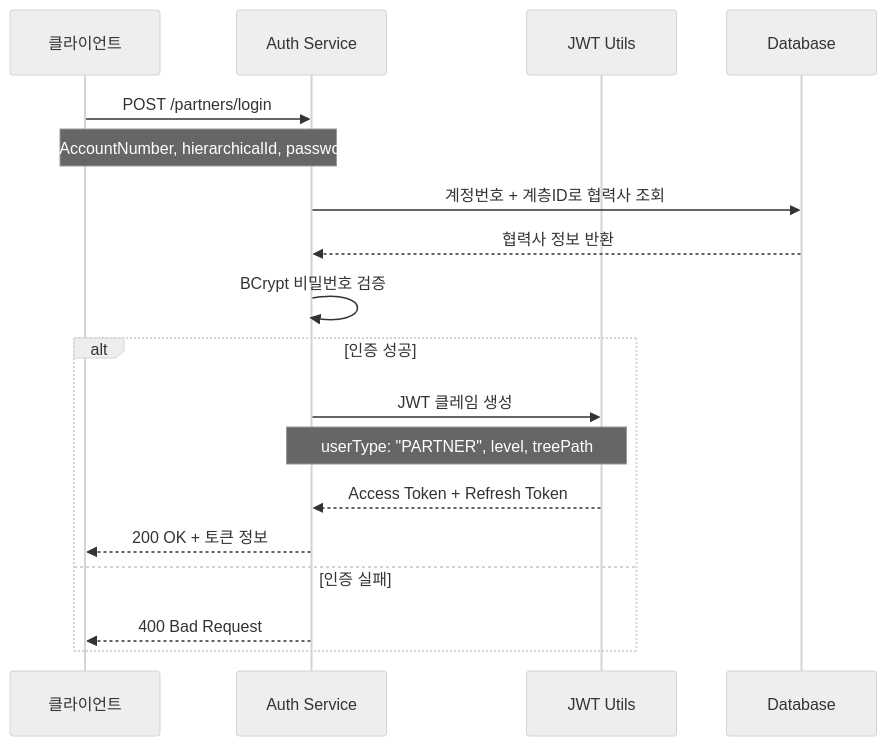
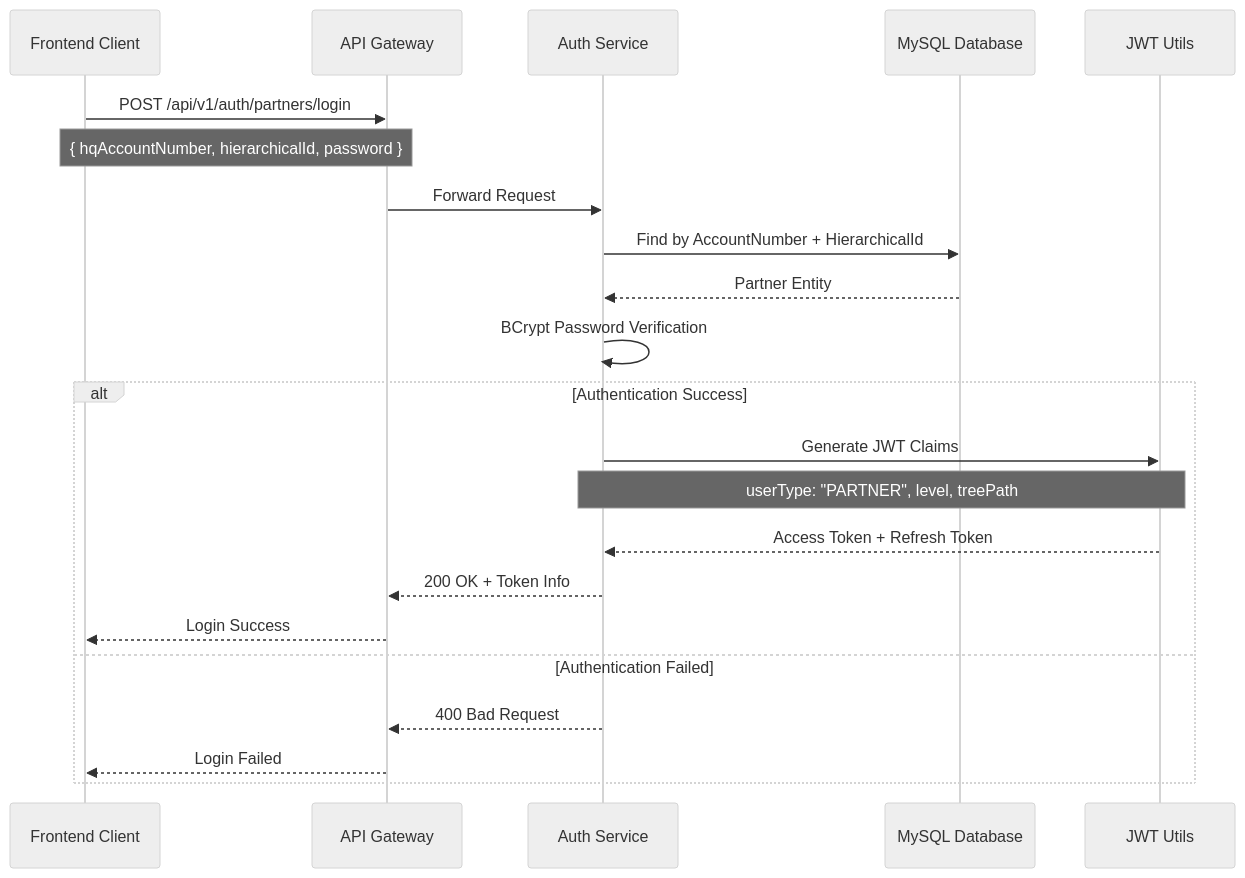
The fourth of 7 diagrams in README.md (NSMM-v2/auth-service), drawn with Mermaid (neutral theme) before and after one commit. The commit also changed other lines of this file, not shown here.

````diff
--- a/README.md
+++ b/README.md
@@ -95,25 +119,29 @@
 ```mermaid
 sequenceDiagram
-    participant C as 클라이언트
-    participant A as Auth Service
-    participant J as JWT Utils
-    participant D as Database
+    participant Client as Frontend Client
+    participant GW as API Gateway
+    participant AUTH as Auth Service
+    participant DB as MySQL Database
+    participant JWT as JWT Utils
 
-    C->>A: POST /partners/login
-    Note over C,A: { hqAccountNumber, hierarchicalId, password }
+    Client->>GW: POST /api/v1/auth/partners/login
+    Note over Client,GW: { hqAccountNumber, hierarchicalId, password }
+    GW->>AUTH: Forward Request
     
-    A->>D: 계정번호 + 계층ID로 협력사 조회
-    D-->>A: 협력사 정보 반환
+    AUTH->>DB: Find by AccountNumber + HierarchicalId
+    DB-->>AUTH: Partner Entity
     
-    A->>A: BCrypt 비밀번호 검증
+    AUTH->>AUTH: BCrypt Password Verification
     
-    alt 인증 성공
-        A->>J: JWT 클레임 생성
-        Note over A,J: userType: "PARTNER", level, treePath
+    alt Authentication Success
+        AUTH->>JWT: Generate JWT Claims
+        Note over AUTH,JWT: userType: "PARTNER", level, treePath
         
-        J-->>A: Access Token + Refresh Token
-        A-->>C: 200 OK + 토큰 정보
-    else 인증 실패
-        A-->>C: 400 Bad Request
+        JWT-->>AUTH: Access Token + Refresh Token
+        AUTH-->>GW: 200 OK + Token Info
+        GW-->>Client: Login Success
+    else Authentication Failed
+        AUTH-->>GW: 400 Bad Request
+        GW-->>Client: Login Failed
     end
 ```
````
